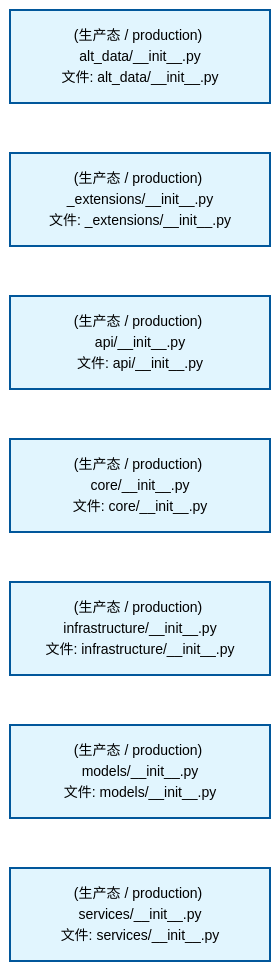
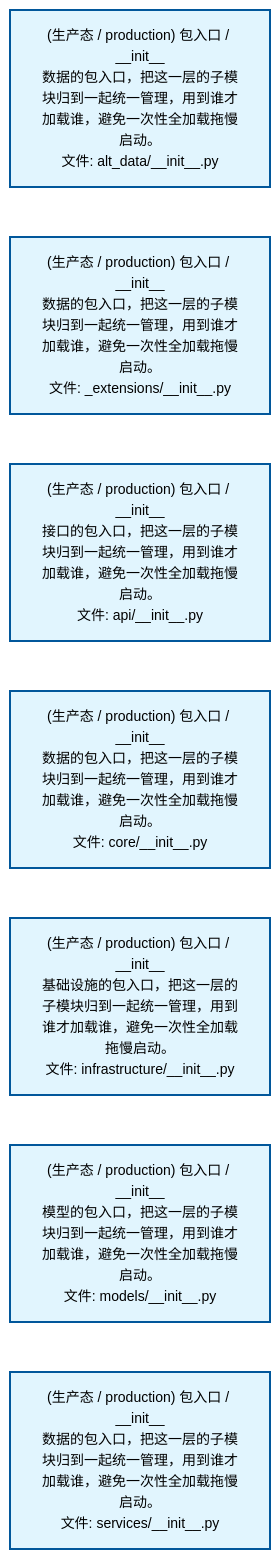
Before and after one commit to xuanFelixVan/ZephyrAlpha: the second of 2 diagrams in docs/02_enterprise_architecture/02_domain_architecture_docs/09_d_alt_data.md, drawn with Mermaid. The commit also changed other lines of this file and 60 other files, not shown here.

````diff
--- a/docs/02_enterprise_architecture/02_domain_architecture_docs/09_d_alt_data.md
+++ b/docs/02_enterprise_architecture/02_domain_architecture_docs/09_d_alt_data.md
@@ -80,22 +80,22 @@
 ```mermaid
 %%{init: {'theme': 'base', 'themeVariables': {'primaryColor': '#eaeaea', 'primaryTextColor': '#333333', 'primaryBorderColor': '#666666', 'lineColor': '#666666', 'secondaryColor': '#eaeaea', 'tertiaryColor': '#eaeaea', 'fontSize': '14px'}}}%%
 flowchart TD
-    src_zephyr_alt_data_init_py["(生产态 / production) alt_data/__init__.py<br/>文件: alt_data/__init__.py"]
-    src_zephyr_alt_data_extensions_init_py["(生产态 / production) _extensions/__init__.py<br/>文件: _extensions/__init__.py"]
-    src_zephyr_alt_data_api_init_py["(生产态 / production) api/__init__.py<br/>文件: api/__init__.py"]
-    src_zephyr_alt_data_core_init_py["(生产态 / production) core/__init__.py<br/>文件: core/__init__.py"]
-    src_zephyr_alt_data_infrastructure_init_py["(生产态 / production) infrastructure/__init__.py<br/>文件: infrastructure/__init__.py"]
-    src_zephyr_alt_data_models_init_py["(生产态 / production) models/__init__.py<br/>文件: models/__init__.py"]
-    src_zephyr_alt_data_services_init_py["(生产态 / production) services/__init__.py<br/>文件: services/__init__.py"]
+    src_zephyr_alt_data_init_py["(生产态 / production) 包入口 / __init__<br/>数据的包入口，把这一层的子模块归到一起统一管理，用到谁才加载谁，避免一次性全加载拖慢启动。<br/>文件: alt_data/__init__.py"]
+    src_zephyr_alt_data_extensions_init_py["(生产态 / production) 包入口 / __init__<br/>数据的包入口，把这一层的子模块归到一起统一管理，用到谁才加载谁，避免一次性全加载拖慢启动。<br/>文件: _extensions/__init__.py"]
+    src_zephyr_alt_data_api_init_py["(生产态 / production) 包入口 / __init__<br/>接口的包入口，把这一层的子模块归到一起统一管理，用到谁才加载谁，避免一次性全加载拖慢启动。<br/>文件: api/__init__.py"]
+    src_zephyr_alt_data_core_init_py["(生产态 / production) 包入口 / __init__<br/>数据的包入口，把这一层的子模块归到一起统一管理，用到谁才加载谁，避免一次性全加载拖慢启动。<br/>文件: core/__init__.py"]
+    src_zephyr_alt_data_infrastructure_init_py["(生产态 / production) 包入口 / __init__<br/>基础设施的包入口，把这一层的子模块归到一起统一管理，用到谁才加载谁，避免一次性全加载拖慢启动。<br/>文件: infrastructure/__init__.py"]
+    src_zephyr_alt_data_models_init_py["(生产态 / production) 包入口 / __init__<br/>模型的包入口，把这一层的子模块归到一起统一管理，用到谁才加载谁，避免一次性全加载拖慢启动。<br/>文件: models/__init__.py"]
+    src_zephyr_alt_data_services_init_py["(生产态 / production) 包入口 / __init__<br/>数据的包入口，把这一层的子模块归到一起统一管理，用到谁才加载谁，避免一次性全加载拖慢启动。<br/>文件: services/__init__.py"]
     src_zephyr_alt_data_init_py ~~~ src_zephyr_alt_data_extensions_init_py
     src_zephyr_alt_data_extensions_init_py ~~~ src_zephyr_alt_data_api_init_py
     src_zephyr_alt_data_api_init_py ~~~ src_zephyr_alt_data_core_init_py
     src_zephyr_alt_data_core_init_py ~~~ src_zephyr_alt_data_infrastructure_init_py
     src_zephyr_alt_data_infrastructure_init_py ~~~ src_zephyr_alt_data_models_init_py
     src_zephyr_alt_data_models_init_py ~~~ src_zephyr_alt_data_services_init_py
     classDef production fill:#e1f5fe,stroke:#01579b,stroke-width:2px,color:#000
     classDef design fill:#fff3e0,stroke:#e65100,stroke-width:2px,color:#000,stroke-dasharray: 5 5
     classDef external_prod fill:#e8f4fd,stroke:#0277bd,stroke-width:1px,color:#000
     classDef external_design fill:#fff8e7,stroke:#ef6c00,stroke-width:1px,color:#000,stroke-dasharray: 5 5
     class src_zephyr_alt_data_init_py,src_zephyr_alt_data_extensions_init_py,src_zephyr_alt_data_api_init_py,src_zephyr_alt_data_core_init_py,src_zephyr_alt_data_infrastructure_init_py,src_zephyr_alt_data_models_init_py,src_zephyr_alt_data_services_init_py production
 ```
````
